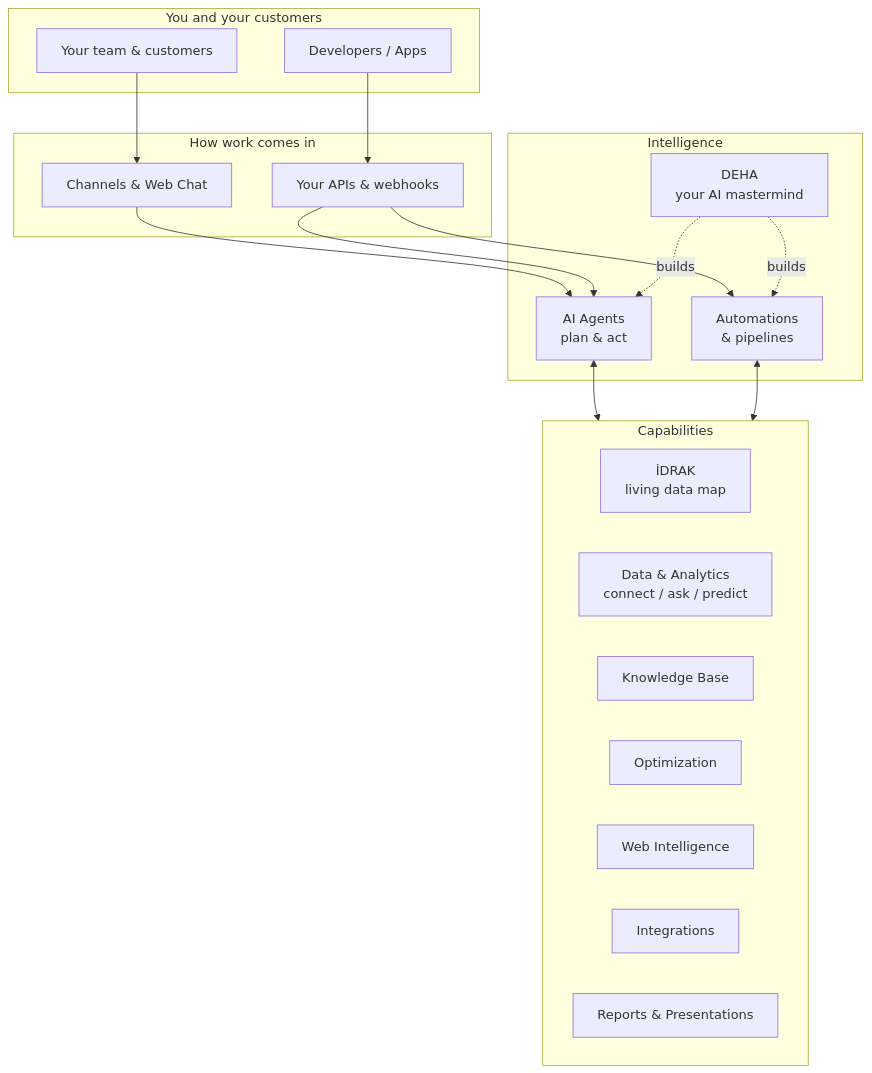
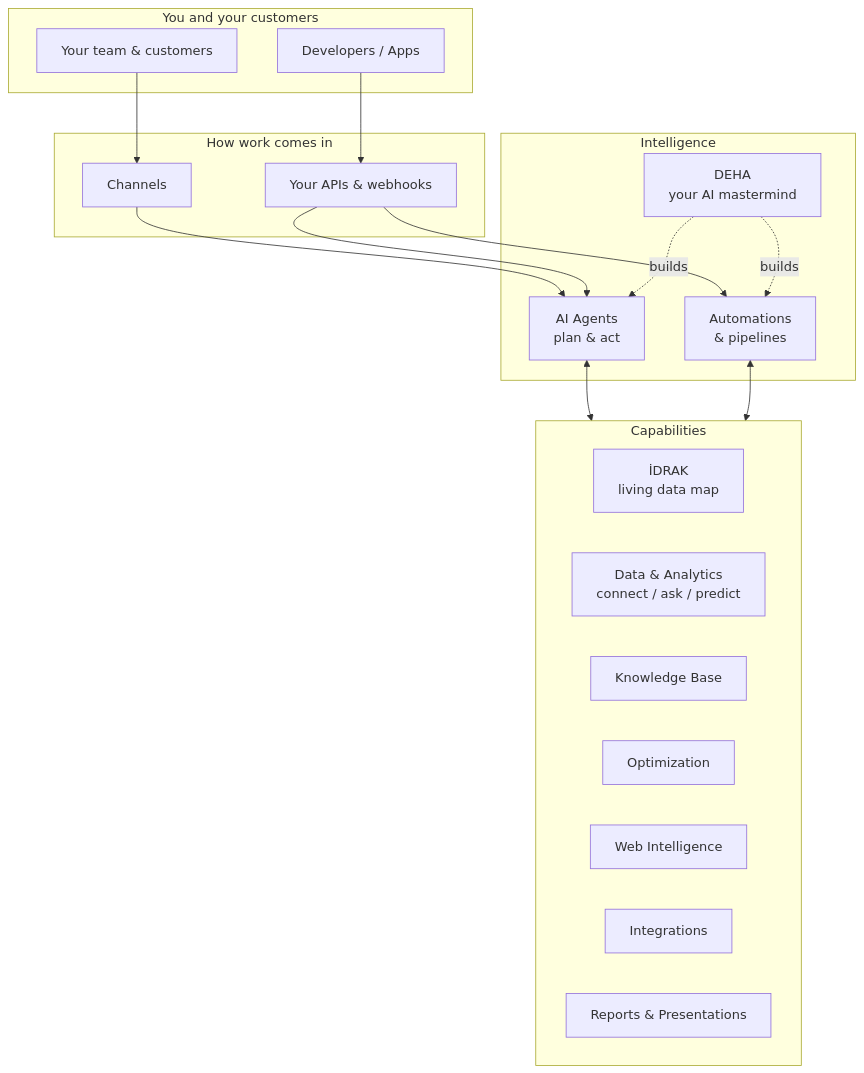
One commit to marmancakbay/mintlify-docs changed the diagram in platform-overview.mdx. Above: the diagram before and after it, drawn with Mermaid. The commit also changed other lines of this file and 113 other files, not shown here.

````diff
--- a/platform-overview.mdx
+++ b/platform-overview.mdx
@@ -18,38 +18,38 @@
 ```mermaid
 flowchart TB
     subgraph You["You and your customers"]
         User[Your team & customers]
         Devs[Developers / Apps]
     end
 
     subgraph Entry["How work comes in"]
-        Channels[Channels & Web Chat]
+        Channels[Channels]
         API[Your APIs & webhooks]
     end
 
     subgraph Brain["Intelligence"]
         DEHA[DEHA<br/>your AI mastermind]
         Agents[AI Agents<br/>plan & act]
         Pipelines[Automations<br/>& pipelines]
     end
 
     subgraph Capability["Capabilities"]
         Idrak[İDRAK<br/>living data map]
         Data[Data & Analytics<br/>connect / ask / predict]
         Knowledge[Knowledge Base]
         Optimize[Optimization]
         Web[Web Intelligence]
         Tools[Integrations]
         Sunu[Reports & Presentations]
     end
 
     User --> Channels
     Devs --> API
     Channels --> Agents
     API --> Agents
     API --> Pipelines
     DEHA -.builds.-> Agents
     DEHA -.builds.-> Pipelines
     Agents <--> Capability
     Pipelines <--> Capability
 ```
````
